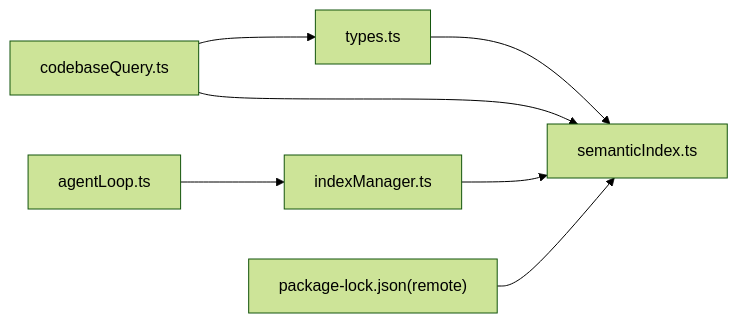
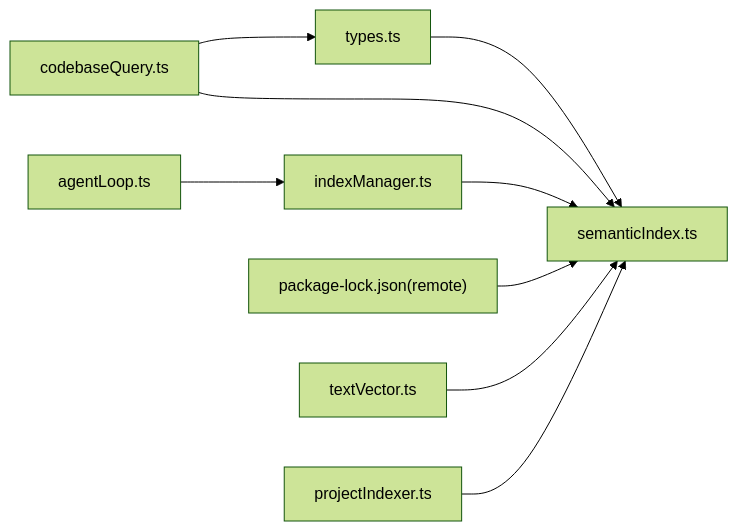
One commit to sofate798/KodrixCode changed the sixth of 6 diagrams in .qoder/repowiki/zh/content/架构设计/代码库智能架构/语义索引构建.md. Above: the diagram before and after it, drawn with Mermaid (forest theme). The commit also changed other lines of this file and 4 other files, not shown here.

````diff
--- a/.qoder/repowiki/zh/content/架构设计/代码库智能架构/语义索引构建.md
+++ b/.qoder/repowiki/zh/content/架构设计/代码库智能架构/语义索引构建.md
@@ -285,9 +361,11 @@
 ```mermaid
 graph LR
 Types["types.ts"] --> Semantic["semanticIndex.ts"]
 Query["codebaseQuery.ts"] --> Semantic
 Query --> Types
 Manager["indexManager.ts"] --> Semantic
 Loop["agentLoop.ts"] --> Manager
 Parser["package-lock.json(remote)"] --> Semantic
+Utils["textVector.ts"] --> Semantic
+Project["projectIndexer.ts"] --> Semantic
 ```
````
